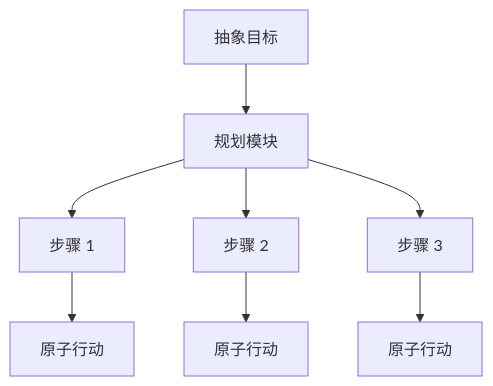
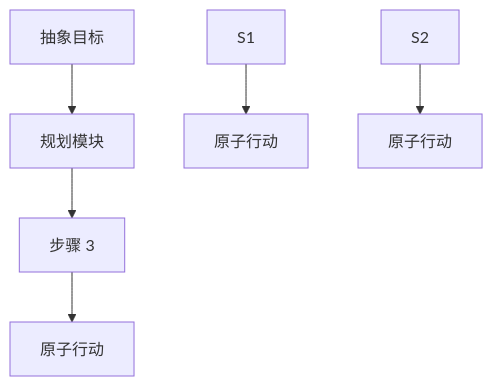
The first of 2 diagrams in 02_reasoning/2.2_decomposition.md (yeasy/agentic_ai_guide), drawn with Mermaid before and after one commit. The commit also changed other lines of this file and 75 other files, not shown here.

````diff
--- a/02_reasoning/2.2_decomposition.md
+++ b/02_reasoning/2.2_decomposition.md
@@ -9,10 +9,8 @@
 ```mermaid
 graph TD
     Goal["抽象目标"] --> Planner["规划模块"]
-    Planner --> S1["步骤 1"]
-    Planner --> S2["步骤 2"]
     Planner --> S3["步骤 3"]
     S1 --> A1["原子行动"]
     S2 --> A2["原子行动"]
     S3 --> A3["原子行动"]
 ```
````
